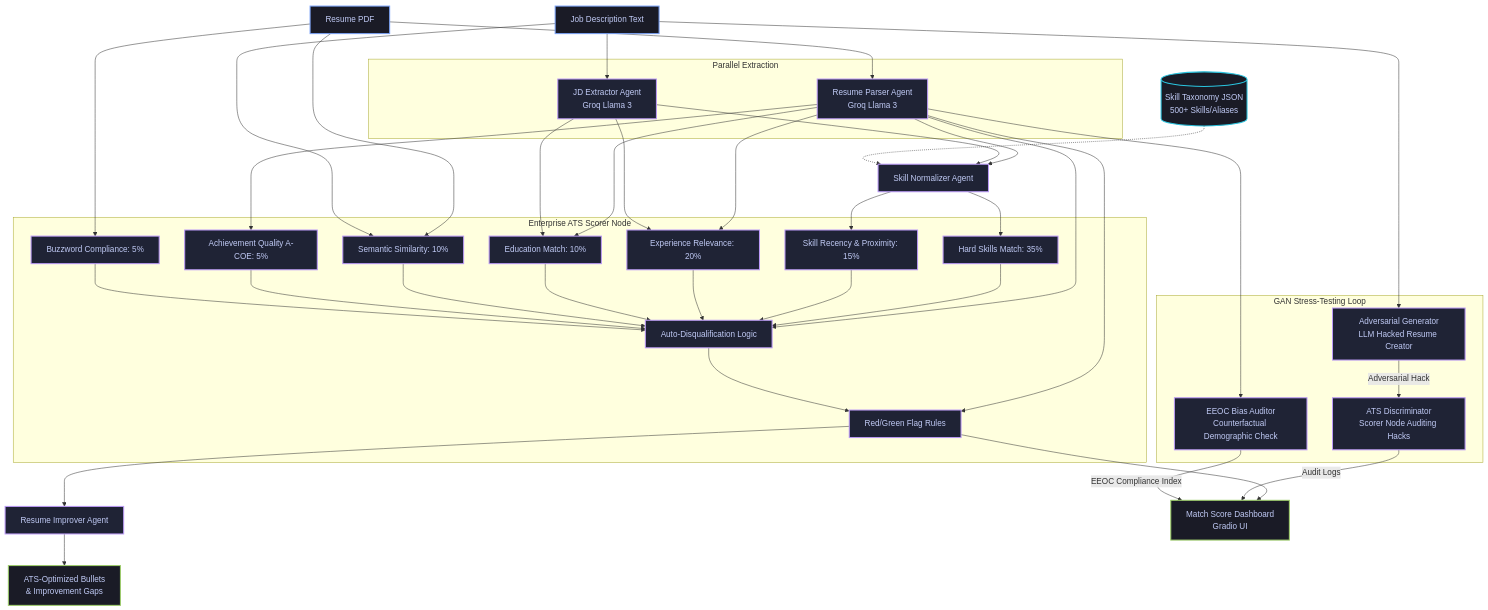
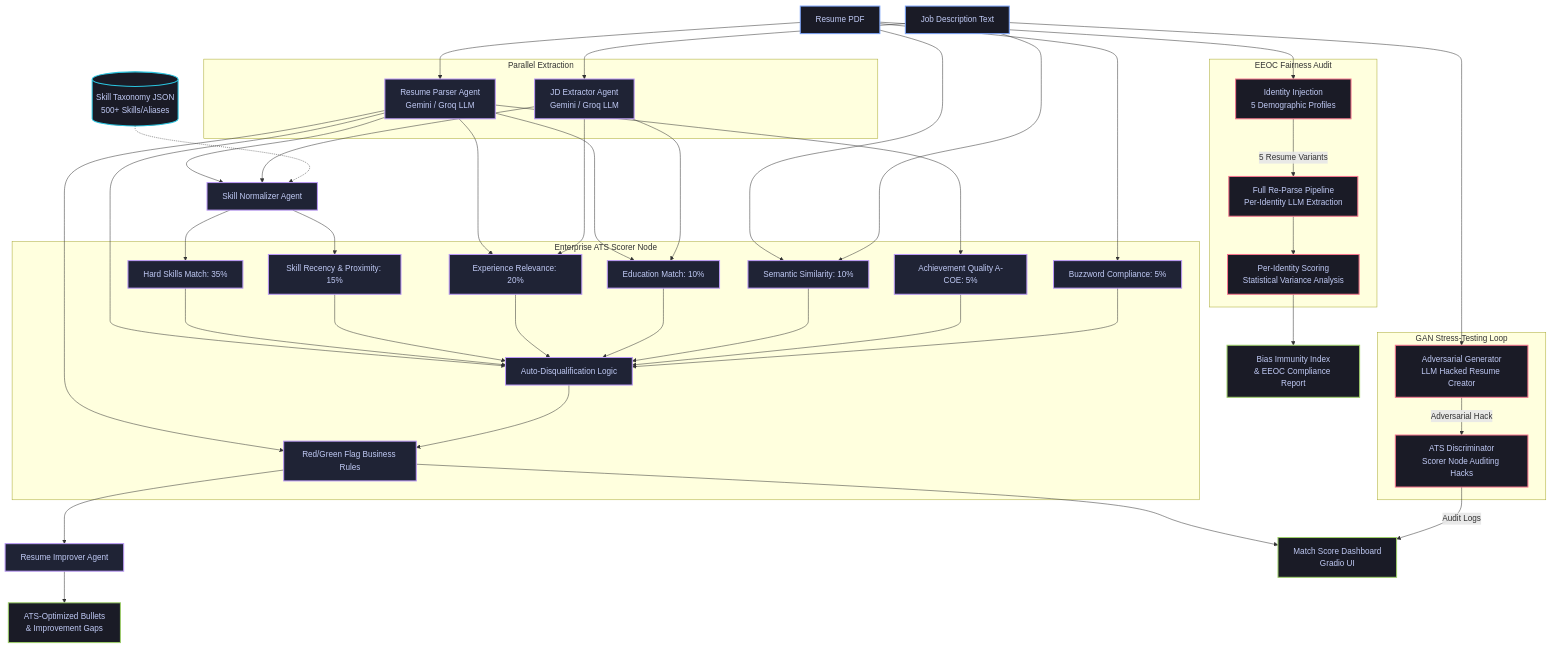
Before and after one commit to naman-fr/PSI_resume_analyser: the diagram in README.md, drawn with Mermaid. The commit also changed other lines of this file and 4 other files, not shown here.

````diff
--- a/README.md
+++ b/README.md
@@ -31,14 +33,15 @@
     classDef agent fill:#1f2335,stroke:#bb9af7,stroke-width:2px,color:#c0caf5;
     classDef database fill:#1a1b26,stroke:#2ac3de,stroke-width:2px,color:#c0caf5;
     classDef output fill:#1a1b26,stroke:#9ece6a,stroke-width:2px,color:#c0caf5;
+    classDef audit fill:#1a1b26,stroke:#f7768e,stroke-width:2px,color:#c0caf5;
 
     %% Nodes
     A[Resume PDF]:::input
     B[Job Description Text]:::input
     
     subgraph Parallel Extraction
-        C[Resume Parser Agent<br/>Groq Llama 3]:::agent
-        D[JD Extractor Agent<br/>Groq Llama 3]:::agent
+        C[Resume Parser Agent<br/>Gemini / Groq LLM]:::agent
+        D[JD Extractor Agent<br/>Gemini / Groq LLM]:::agent
     end
     
     E[Skill Normalizer Agent]:::agent
@@ -53,19 +56,25 @@
         G6[Achievement Quality A-COE: 5%]:::agent
         G7[Buzzword Compliance: 5%]:::agent
         G8[Auto-Disqualification Logic]:::agent
-        G9[Red/Green Flag Rules]:::agent
+        G9[Red/Green Flag Business Rules]:::agent
     end
 
     subgraph GAN Stress-Testing Loop
-        GAN_Gen[Adversarial Generator<br/>LLM Hacked Resume Creator]:::agent
-        GAN_Dis[ATS Discriminator<br/>Scorer Node Auditing Hacks]:::agent
-        GAN_EEOC[EEOC Bias Auditor<br/>Counterfactual Demographic Check]:::agent
+        GAN_Gen[Adversarial Generator<br/>LLM Hacked Resume Creator]:::audit
+        GAN_Dis[ATS Discriminator<br/>Scorer Node Auditing Hacks]:::audit
+    end
+
+    subgraph EEOC Fairness Audit
+        EEOC_Inject[Identity Injection<br/>5 Demographic Profiles]:::audit
+        EEOC_Reparse[Full Re-Parse Pipeline<br/>Per-Identity LLM Extraction]:::audit
+        EEOC_Score[Per-Identity Scoring<br/>Statistical Variance Analysis]:::audit
     end
     
     H[Resume Improver Agent]:::agent
     
     I[Match Score Dashboard<br/>Gradio UI]:::output
     J[ATS-Optimized Bullets<br/>& Improvement Gaps]:::output
+    K[Bias Immunity Index<br/>& EEOC Compliance Report]:::output
 
     %% Edges
     A --> C
@@ -96,6 +105,10 @@
     B --> GAN_Gen
     GAN_Gen -->|Adversarial Hack| GAN_Dis
     GAN_Dis -->|Audit Logs| I
-    C --> GAN_EEOC
-    GAN_EEOC -->|EEOC Compliance Index| I
+
+    %% EEOC Edges
+    A --> EEOC_Inject
+    EEOC_Inject -->|5 Resume Variants| EEOC_Reparse
+    EEOC_Reparse --> EEOC_Score
+    EEOC_Score --> K
 ```
````
